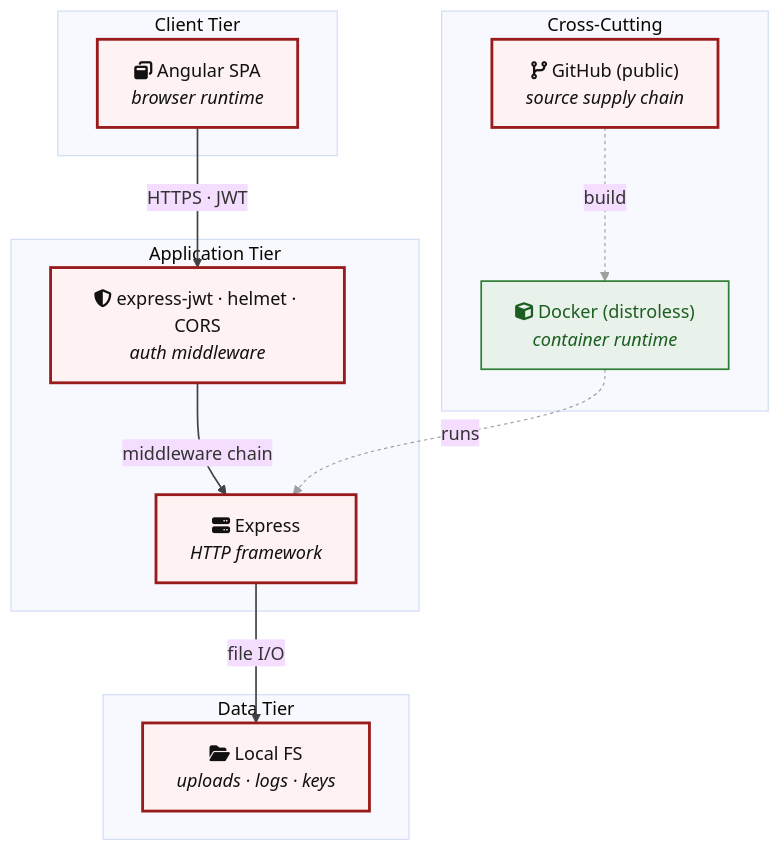
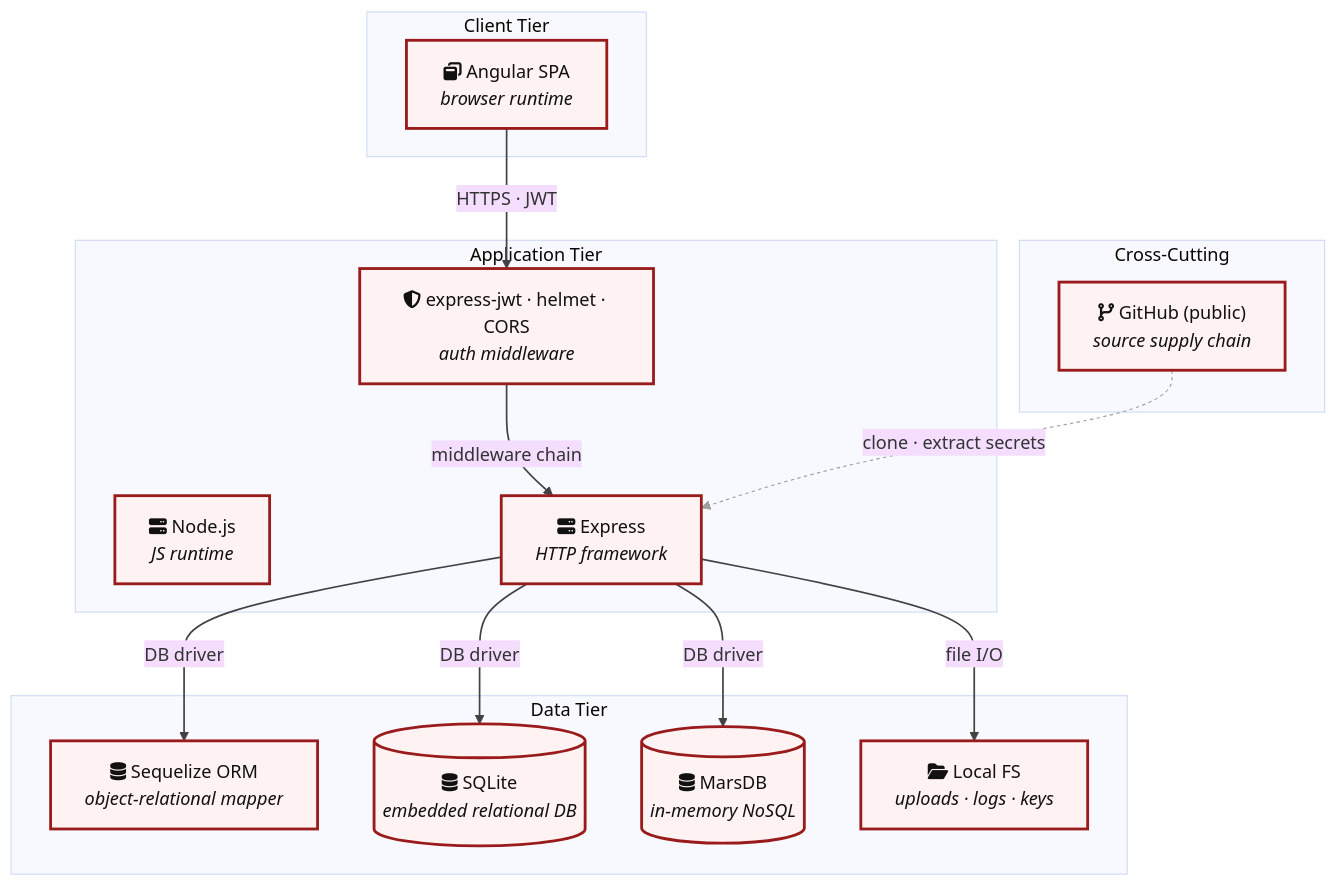
Before and after one commit to appsec-foundry/appsec-advisor: the seventh of 19 diagrams in examples/threat-modeler/threat-model-juice-shop-standard.md, drawn with Mermaid (base theme). The commit also changed other lines of this file and 4 other files, not shown here.

````diff
--- a/examples/threat-modeler/threat-model-juice-shop-standard.md
+++ b/examples/threat-modeler/threat-model-juice-shop-standard.md
@@ -463,27 +453,32 @@
 ```mermaid
 flowchart TD
     subgraph CLIENT["Client Tier"]
         FE_ANGULAR["fa:fa-window-restore Angular SPA<br/><i>browser runtime</i>"]:::risk
     end
     subgraph APP["Application Tier"]
+        RUNTIME["fa:fa-server Node.js<br/><i>JS runtime</i>"]:::risk
         EXPRESS["fa:fa-server Express<br/><i>HTTP framework</i>"]:::risk
         AUTH_MW["fa:fa-shield-halved express-jwt · helmet · CORS<br/><i>auth middleware</i>"]:::risk
     end
     subgraph DATA["Data Tier"]
+        ORM["fa:fa-database Sequelize ORM<br/><i>object-relational mapper</i>"]:::risk
+        SQLITE[("fa:fa-database SQLite<br/><i>embedded relational DB</i>")]:::risk
+        MARSDB[("fa:fa-database MarsDB<br/><i>in-memory NoSQL</i>")]:::risk
         LOCAL_FS["fa:fa-folder-open Local FS<br/><i>uploads · logs · keys</i>"]:::risk
     end
     subgraph INFRA["Cross-Cutting"]
-        INFRA_RUN["fa:fa-cube Docker (distroless)<br/><i>container runtime</i>"]:::ok
         INFRA_SCM["fa:fa-code-branch GitHub (public)<br/><i>source supply chain</i>"]:::risk
     end
     FE_ANGULAR -->|"HTTPS · JWT"| AUTH_MW
     AUTH_MW -->|"middleware chain"| EXPRESS
+    EXPRESS -->|"DB driver"| ORM
+    EXPRESS -->|"DB driver"| SQLITE
+    EXPRESS -->|"DB driver"| MARSDB
     EXPRESS -->|"file I/O"| LOCAL_FS
-    INFRA_SCM -.->|"build"| INFRA_RUN
-    INFRA_RUN -.->|"runs"| EXPRESS
+    INFRA_SCM -.->|"clone · extract secrets"| EXPRESS
 
     classDef risk fill:#fef2f2,stroke:#991b1b,color:#111,stroke-width:2.5px
     classDef ok fill:#e8f1ea,stroke:#2e7d32,color:#1b5e20,stroke-width:1.5px
-    linkStyle 0,1,2 stroke:#424242,stroke-width:1.5px
-    linkStyle 3,4 stroke:#9e9e9e,stroke-width:1px,stroke-dasharray:3 3
+    linkStyle 0,1,2,3,4,5 stroke:#424242,stroke-width:1.5px
+    linkStyle 6 stroke:#9e9e9e,stroke-width:1px,stroke-dasharray:3 3
 ```
````
